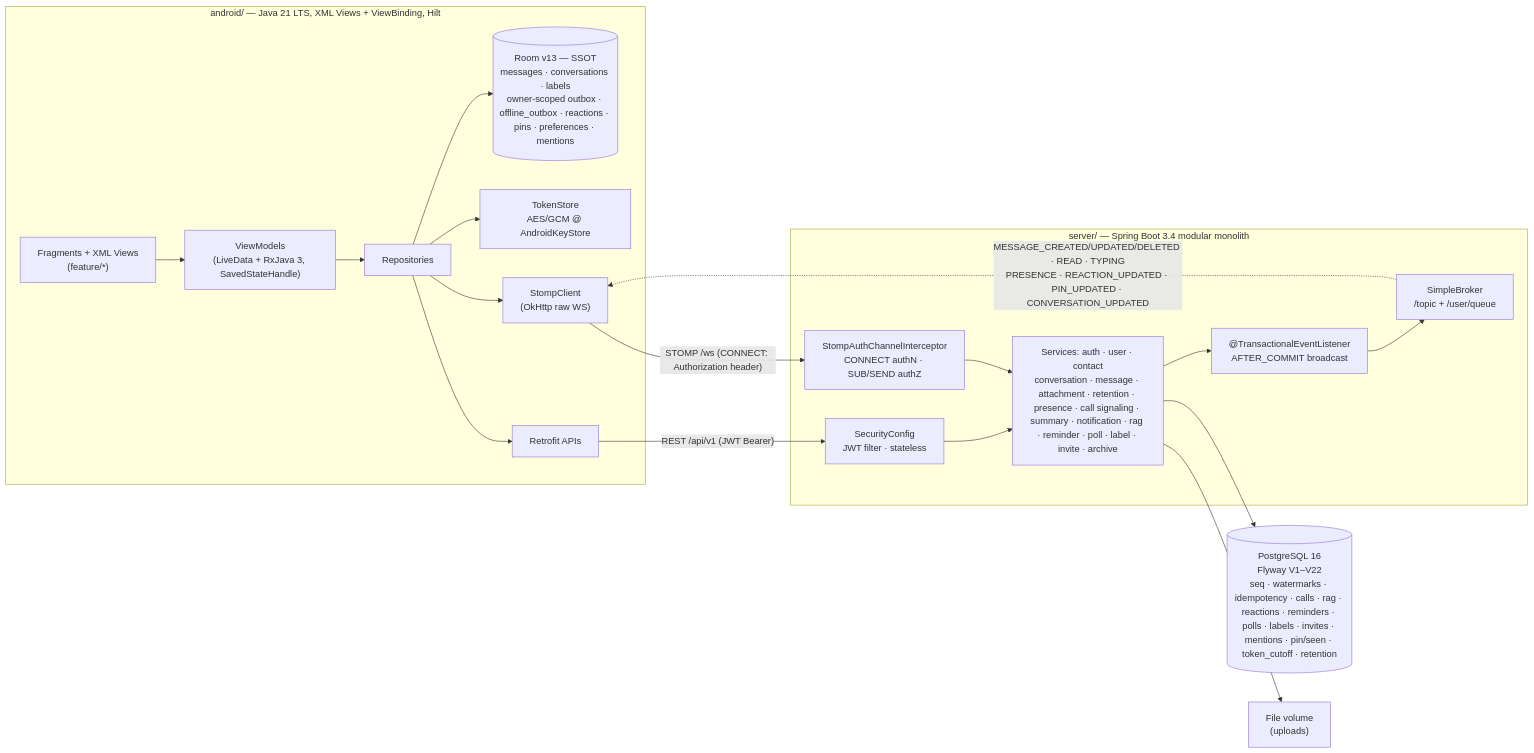
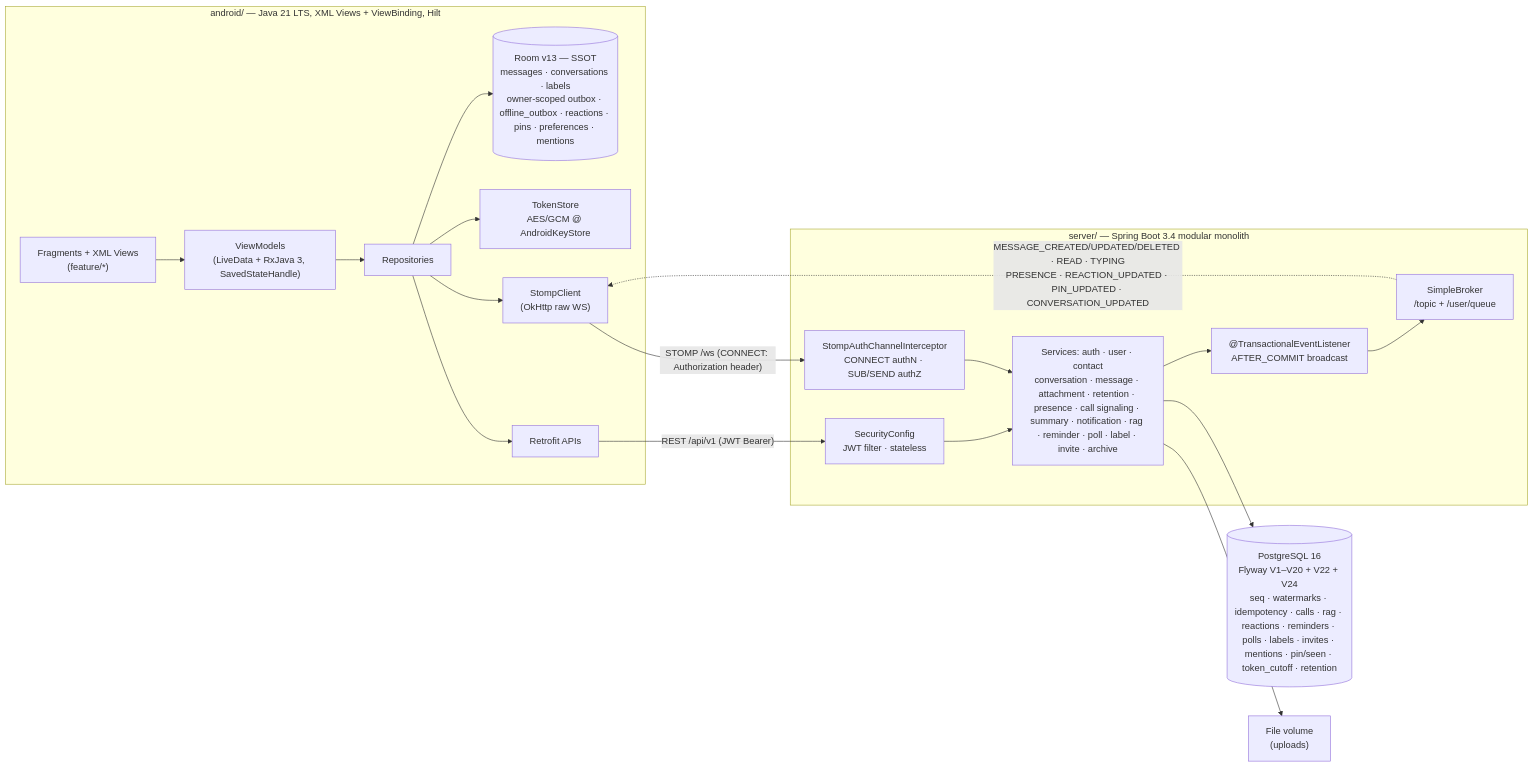
Before and after one commit to JasonTM17/Nexachat_AppJ: the diagram in README.md, drawn with Mermaid. The commit also changed other lines of this file and 6 other files, not shown here.

````diff
--- a/README.md
+++ b/README.md
@@ -111,29 +111,29 @@
 ```mermaid
 flowchart LR
     subgraph Android["android/ — Java 21 LTS, XML Views + ViewBinding, Hilt"]
         UI["Fragments + XML Views<br/>(feature/*)"] --> VM["ViewModels<br/>(LiveData + RxJava 3, SavedStateHandle)"]
         VM --> REPO["Repositories"]
         REPO --> ROOM[("Room v13 — SSOT<br/>messages · conversations · labels<br/>owner-scoped outbox · offline_outbox · reactions · pins · preferences · mentions")]
         REPO --> TS["TokenStore<br/>AES/GCM @ AndroidKeyStore"]
         REPO --> ST["StompClient<br/>(OkHttp raw WS)"]
         REPO --> RT["Retrofit APIs"]
     end
 
     subgraph Server["server/ — Spring Boot 3.4 modular monolith"]
         SEC["SecurityConfig<br/>JWT filter · stateless"]
         INT["StompAuthChannelInterceptor<br/>CONNECT authN · SUB/SEND authZ"]
         SVC["Services: auth · user · contact<br/>conversation · message · attachment · retention · presence · call signaling · summary · notification · rag · reminder · poll · label · invite · archive"]
         EVT["@TransactionalEventListener<br/>AFTER_COMMIT broadcast"]
         BR["SimpleBroker<br/>/topic + /user/queue"]
     end
 
-    DB[("PostgreSQL 16<br/>Flyway V1–V22<br/>seq · watermarks · idempotency · calls · rag · reactions · reminders · polls · labels · invites · mentions · pin/seen · token_cutoff · retention")]
+    DB[("PostgreSQL 16<br/>Flyway V1–V20 + V22 + V24<br/>seq · watermarks · idempotency · calls · rag · reactions · reminders · polls · labels · invites · mentions · pin/seen · token_cutoff · retention")]
     FS["File volume<br/>(uploads)"]
 
     RT -- "REST /api/v1 (JWT Bearer)" --> SEC --> SVC
     ST -- "STOMP /ws (CONNECT: Authorization header)" --> INT --> SVC
     SVC --> DB
     SVC --> FS
     SVC --> EVT --> BR
     BR -. "MESSAGE_CREATED/UPDATED/DELETED · READ · TYPING<br/>PRESENCE · REACTION_UPDATED · PIN_UPDATED · CONVERSATION_UPDATED" .-> ST
 ```
````
